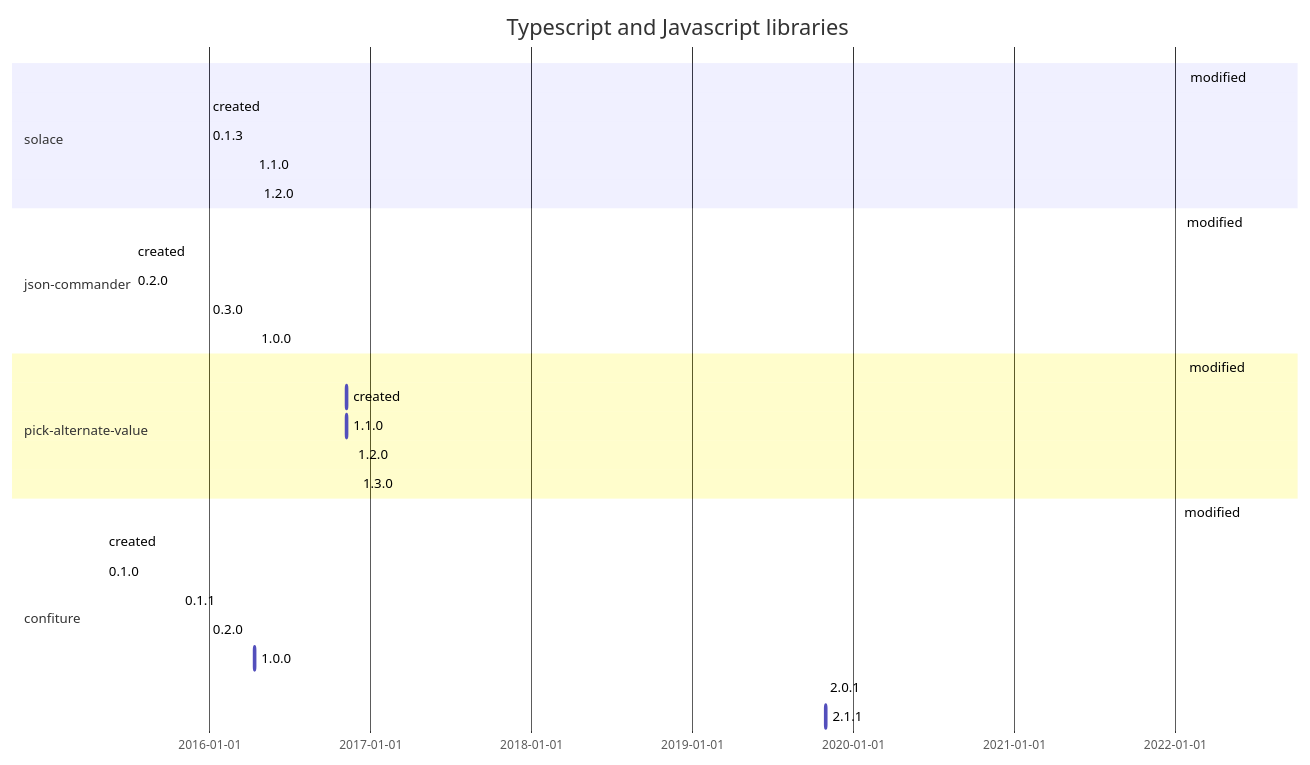
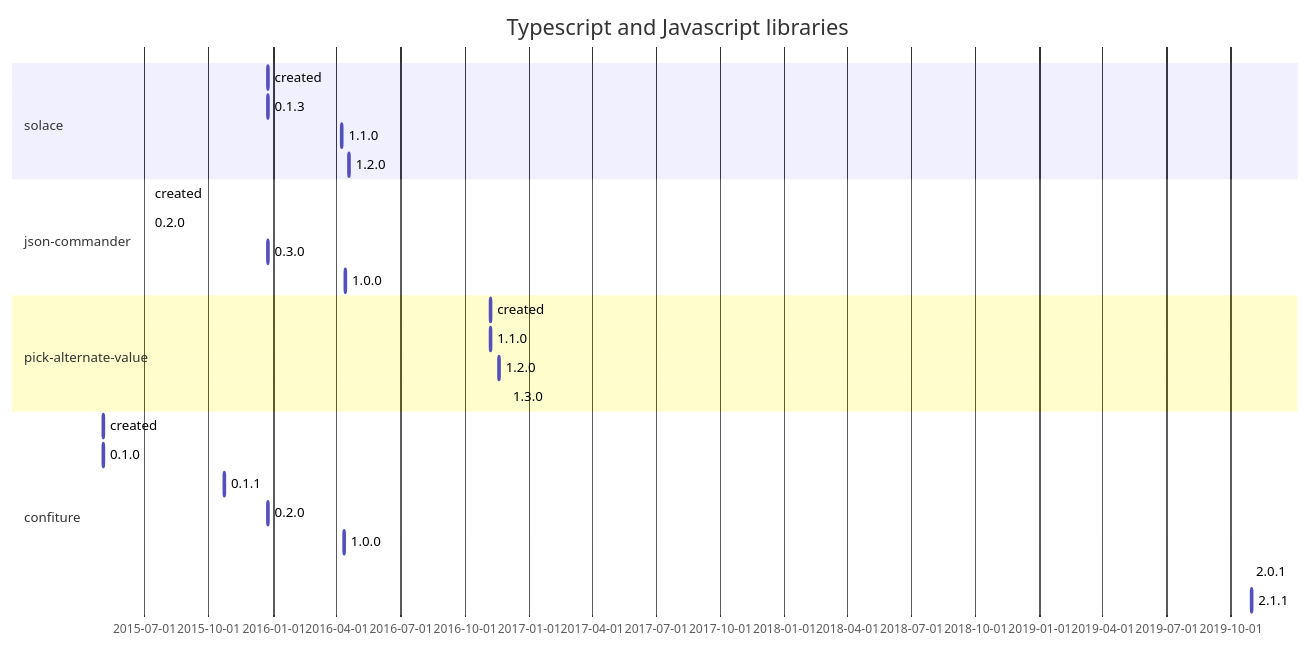
The second of 4 diagrams in SOFTWARE-TIMELINE.md (flarebyte/overview), drawn with Mermaid before and after one commit. The commit also changed other lines of this file and 1 other file, not shown here.

````diff
--- a/SOFTWARE-TIMELINE.md
+++ b/SOFTWARE-TIMELINE.md
@@ -71,40 +66,36 @@
 ```mermaid
 gantt
     title Typescript and Javascript libraries
     dateFormat  YYYY-MM-DD
 
     section solace
-    modified:, 2022-06-26, 1d
     created:, 2015-12-25, 1d
     0.1.3:, 2015-12-25, 1d
     1.1.0:, 2016-04-08, 1d
     1.2.0:, 2016-04-18, 1d
 
 
     section json-commander
-    modified:, 2022-06-19, 1d
     created:, 2015-07-07, 1d
     0.2.0:, 2015-07-07, 1d
     0.3.0:, 2015-12-25, 1d
     1.0.0:, 2016-04-13, 1d
 
 
     section pick-alternate-value
-    modified:, 2022-06-23, 1d
     created:, 2016-11-07, 1d
     1.1.0:, 2016-11-07, 1d
     1.2.0:, 2016-11-19, 1d
     1.3.0:, 2016-11-30, 1d
 
 
     section confiture
-    modified:, 2022-06-13, 1d
     created:, 2015-05-03, 1d
     0.1.0:, 2015-05-03, 1d
     0.1.1:, 2015-10-23, 1d
     0.2.0:, 2015-12-25, 1d
     1.0.0:, 2016-04-12, 1d
     2.0.1:, 2019-10-28, 1d
     2.1.1:, 2019-10-31, 1d
 
 ```
````
